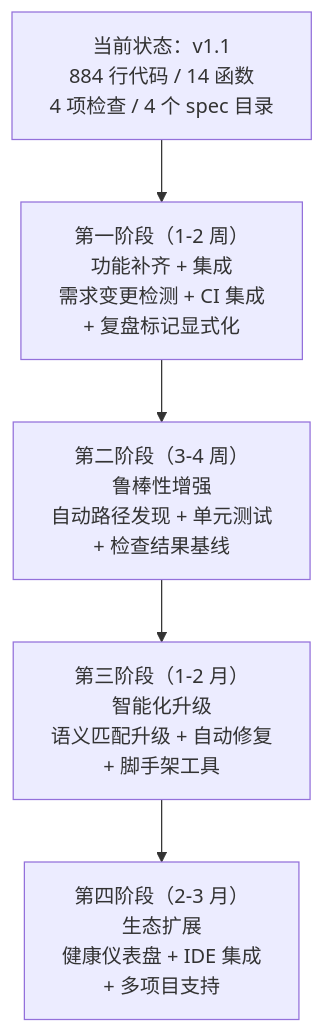
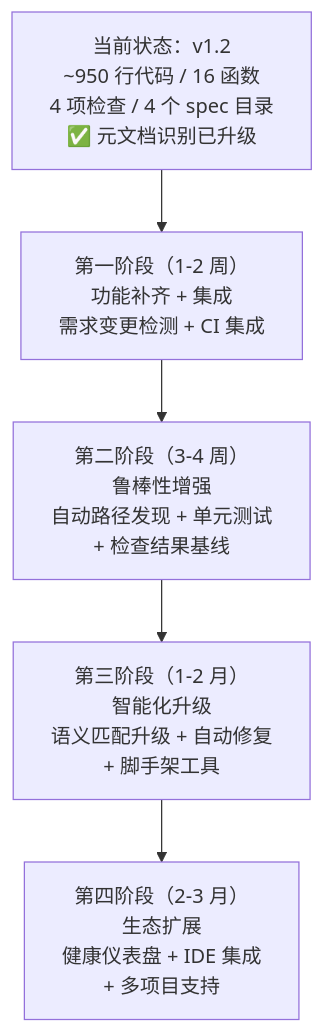
One commit to xinetzone/SpecWeave changed the sixth of 6 diagrams in docs/retrospective/retrospective-report-check-spec-consistency.md. Above: the diagram before and after it, drawn with Mermaid. The commit also changed other lines of this file and 1 other file, not shown here.

````diff
--- a/docs/retrospective/retrospective-report-check-spec-consistency.md
+++ b/docs/retrospective/retrospective-report-check-spec-consistency.md
@@ -535,7 +610,7 @@
 ```mermaid
 flowchart TD
-    Current["当前状态：v1.1<br/>884 行代码 / 14 函数<br/>4 项检查 / 4 个 spec 目录"] --> Phase1["第一阶段（1-2 周）<br/>功能补齐 + 集成<br/>需求变更检测 + CI 集成<br/>+ 复盘标记显式化"]
+    Current["当前状态：v1.2<br/>~950 行代码 / 16 函数<br/>4 项检查 / 4 个 spec 目录<br/>✅ 元文档识别已升级"] --> Phase1["第一阶段（1-2 周）<br/>功能补齐 + 集成<br/>需求变更检测 + CI 集成"]
     Phase1 --> Phase2["第二阶段（3-4 周）<br/>鲁棒性增强<br/>自动路径发现 + 单元测试<br/>+ 检查结果基线"]
     Phase2 --> Phase3["第三阶段（1-2 月）<br/>智能化升级<br/>语义匹配升级 + 自动修复<br/>+ 脚手架工具"]
     Phase3 --> Phase4["第四阶段（2-3 月）<br/>生态扩展<br/>健康仪表盘 + IDE 集成<br/>+ 多项目支持"]
 ```
````
